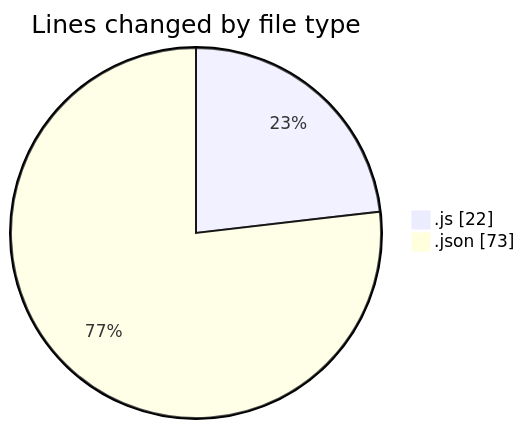
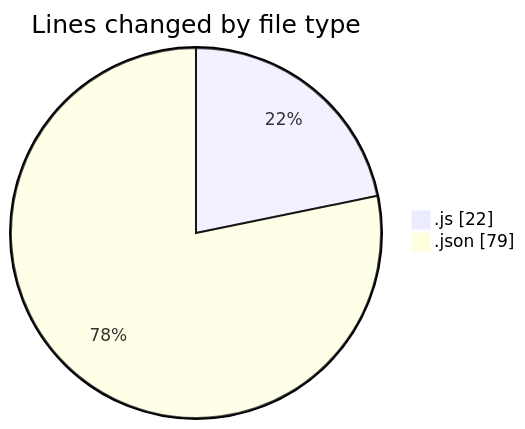
The first of 2 diagrams in 2025-01-31/cda/README.md (momahboobian/code-tracking), drawn with Mermaid before and after one commit. The commit also changed other lines of this file and 1 other file, not shown here.

````diff
--- a/2025-01-31/cda/README.md
+++ b/2025-01-31/cda/README.md
@@ -21,6 +21,6 @@
 ```mermaid
 pie showData
 title Lines changed by file type
 ".js" : 22
-".json" : 73
+".json" : 79
 ```
````
